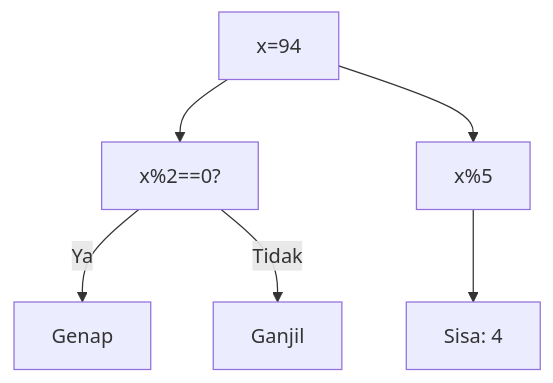
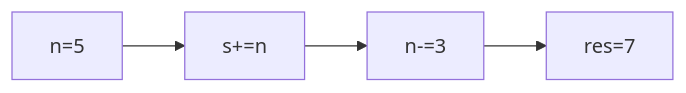
The sixth of 25 diagrams in part-c-pemahaman-cpp/03-perulangan/latihan/set-10.md (amnahwaida/OSNK_INF_PREP), drawn with Mermaid before and after one commit. The commit also changed other lines of this file and 71 other files, not shown here.

````diff
--- a/part-c-pemahaman-cpp/03-perulangan/latihan/set-10.md
+++ b/part-c-pemahaman-cpp/03-perulangan/latihan/set-10.md
@@ -209,8 +156,6 @@
 ```mermaid
-graph TD
-A["x=94"] --> B["x%2==0?"]
-B -- Ya --> C["Genap"]
-B -- Tidak --> D["Ganjil"]
-A --> E["x%5"]
-E --> F["Sisa: 4"]
+graph LR
+A["n=5"] --> B["s+=n"]
+B --> C["n-=3"]
+C --> D["res=7"]
 ```
````
